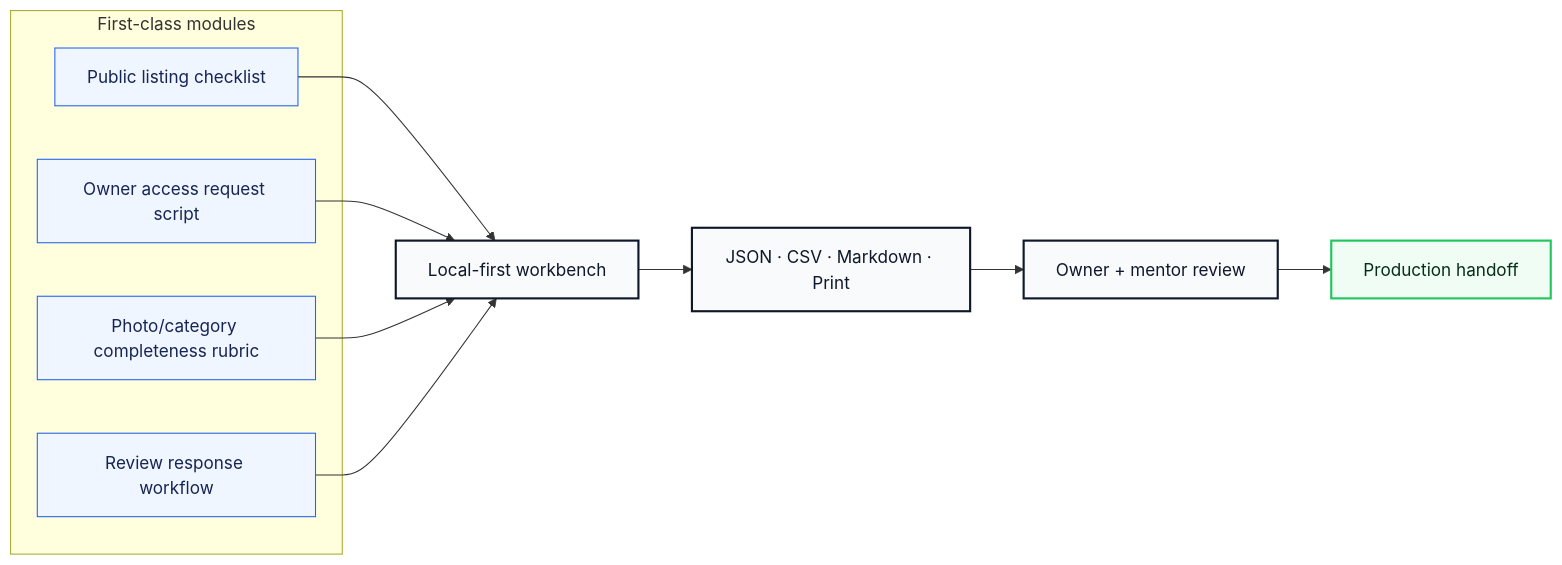
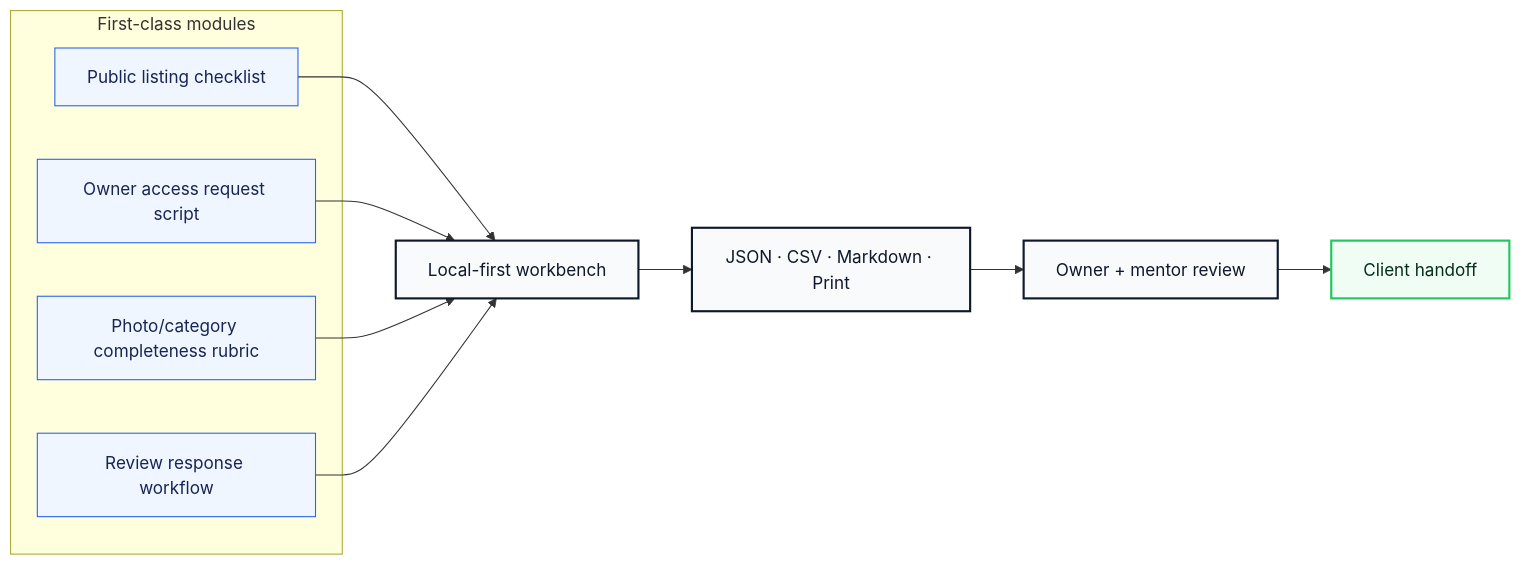
Before and after one commit to volta-npo/gbp-readiness-check: the second of 3 diagrams in README.md, drawn with Mermaid. The commit also changed other lines of this file and 28 other files, not shown here.

````diff
--- a/README.md
+++ b/README.md
@@ -64,23 +64,23 @@
 ```mermaid
 flowchart LR
     subgraph Modules["First-class modules"]
         M1["Public listing checklist"]
         M2["Owner access request script"]
         M3["Photo/category completeness rubric"]
         M4["Review response workflow"]
     end
     M1 --> Workbench
     M2 --> Workbench
     M3 --> Workbench
     M4 --> Workbench
     Workbench["Local-first workbench"] --> Exports["JSON · CSV · Markdown · Print"]
     Exports --> Review["Owner + mentor review"]
-    Review --> Launch["Production handoff"]
+    Review --> Launch["Client handoff"]
 
     classDef module fill:#eff6ff,stroke:#2563eb,color:#172554;
     classDef app fill:#f8fafc,stroke:#0f172a,color:#0f172a,stroke-width:2px;
     classDef launch fill:#f0fdf4,stroke:#22c55e,color:#052e16,stroke-width:2px;
     class M1,M2,M3,M4 module;
     class Workbench,Exports,Review app;
     class Launch launch;
 ```
````
